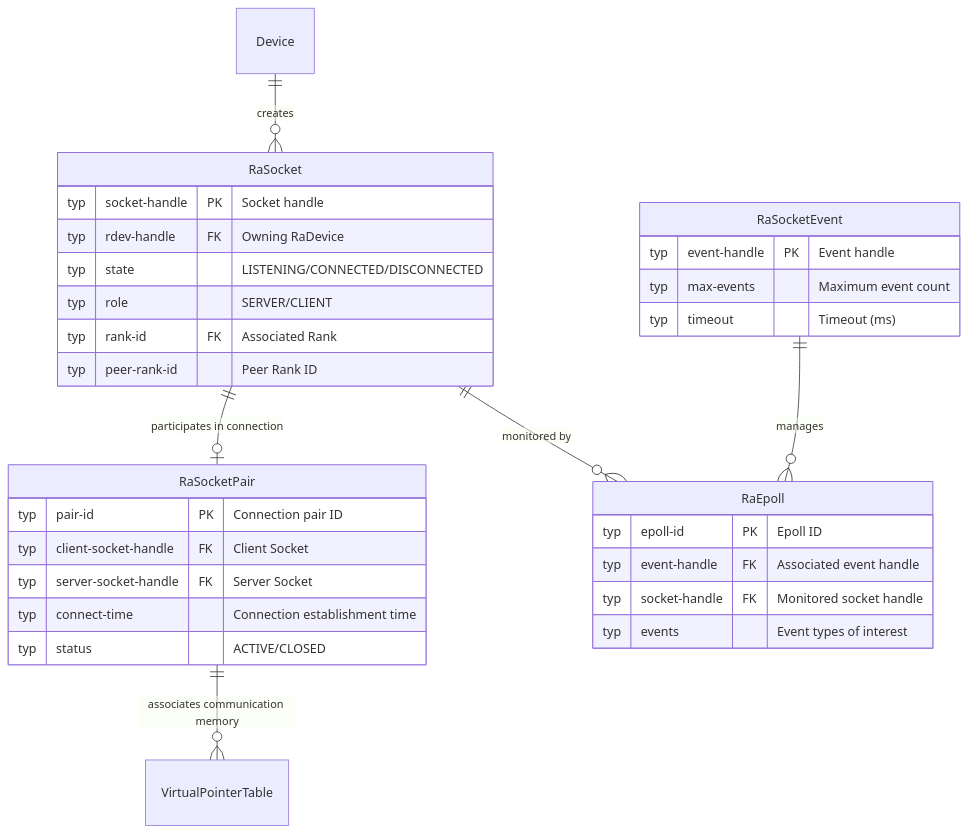
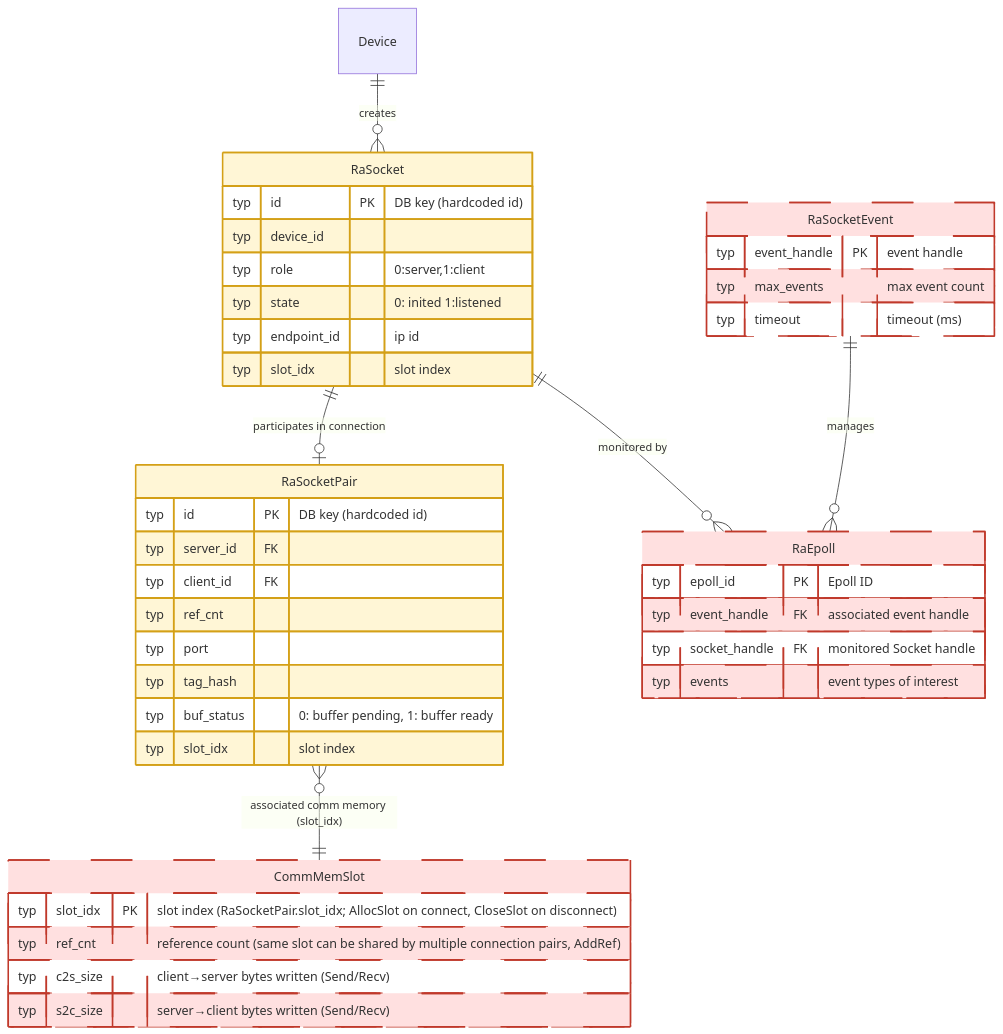
Before and after one commit to Fengfengst123/hcomm-mirror: diagram 13 of 19 in test/hccl_vm/docs/simulator_runner_data_model_en.md, drawn with Mermaid. The commit also changed other lines of this file and 701 other files, not shown here.

````diff
--- a/test/hccl_vm/docs/simulator_runner_data_model_en.md
+++ b/test/hccl_vm/docs/simulator_runner_data_model_en.md
@@ -912,39 +1119,58 @@
 ```mermaid
 erDiagram
     %% ==========================================
     %% Socket Communication (RaSocket Series Interfaces)
+    %% 🧠 Process-private candidate: RaSocketPair (only accessed by src/proxy; RaSocket in same section is 🧊)
+    %% 🧊 RaSocket table: zero references in entire repo (only registered, no read/write) — no need to persist to DB
     %% ==========================================
     Device ||--o{ RaSocket : creates
+    %% 🧊 Zero-reference table: only has struct and registration entry, no DB read/write
     RaSocket {
-        typ socket-handle PK "Socket handle"
-        typ rdev-handle FK "Owning RaDevice"
-        typ state "LISTENING/CONNECTED/DISCONNECTED"
-        typ role "SERVER/CLIENT"
-        typ rank-id FK "Associated Rank"
-        typ peer-rank-id "Peer Rank ID"
+        typ id PK "DB key (hardcoded id)"
+        typ device_id
+        typ role "0:server,1:client"
+        typ state "0: inited 1:listened"
+        typ endpoint_id "ip id"
+        typ slot_idx "slot index"
     }
     RaSocketPair {
-        typ pair-id PK "Connection pair ID"
-        typ client-socket-handle FK "Client Socket"
-        typ server-socket-handle FK "Server Socket"
-        typ connect-time "Connection establishment time"
-        typ status "ACTIVE/CLOSED"
+        typ id PK "DB key (hardcoded id)"
+        typ server_id FK
+        typ client_id FK
+        typ ref_cnt
+        typ port
+        typ tag_hash
+        typ buf_status "0: buffer pending, 1: buffer ready"
+        typ slot_idx "slot index"
     }
     RaSocket ||--o| RaSocketPair : "participates in connection"
-    RaSocketPair ||--o{ VirtualPointerTable : "associates communication memory"
-    
-    %% Socket event management (Epoll mechanism)
+    RaSocketPair }o--|| CommMemSlot : "associated comm memory (slot_idx)"
+
+    %% store layer communication memory pool: mmap shared memory divided by slots (store_sim_comm_memory_manager.h), not a RunnerDB registered table
+    CommMemSlot {
+        typ slot_idx PK "slot index (RaSocketPair.slot_idx; AllocSlot on connect, CloseSlot on disconnect)"
+        typ ref_cnt "reference count (same slot can be shared by multiple connection pairs, AddRef)"
+        typ c2s_size "client→server bytes written (Send/Recv)"
+        typ s2c_size "server→client bytes written (Send/Recv)"
+    }
+
+    %% Socket Event Management (Epoll mechanism)
     RaSocketEvent {
-        typ event-handle PK "Event handle"
-        typ max-events "Maximum event count"
-        typ timeout "Timeout (ms)"
+        typ event_handle PK "event handle"
+        typ max_events "max event count"
+        typ timeout "timeout (ms)"
     }
     RaEpoll {
-        typ epoll-id PK "Epoll ID"
-        typ event-handle FK "Associated event handle"
-        typ socket-handle FK "Monitored socket handle"
-        typ events "Event types of interest"
+        typ epoll_id PK "Epoll ID"
+        typ event_handle FK "associated event handle"
+        typ socket_handle FK "monitored Socket handle"
+        typ events "event types of interest"
     }
     RaSocketEvent ||--o{ RaEpoll : "manages"
     RaSocket ||--o{ RaEpoll : "monitored by"
+
+    classDef unimplemented fill:#ffe0e0,stroke:#c0392b,stroke-width:2px,stroke-dasharray:5 3
+    classDef inproc fill:#fff6d6,stroke:#d4a017,stroke-width:2px
+    class CommMemSlot,RaSocketEvent,RaEpoll unimplemented
+    class RaSocket,RaSocketPair inproc
 ```
````
